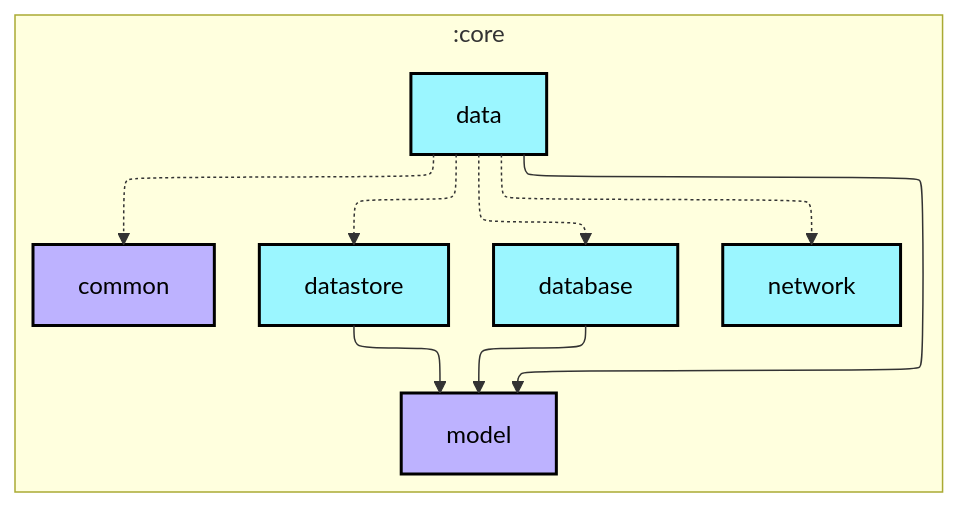
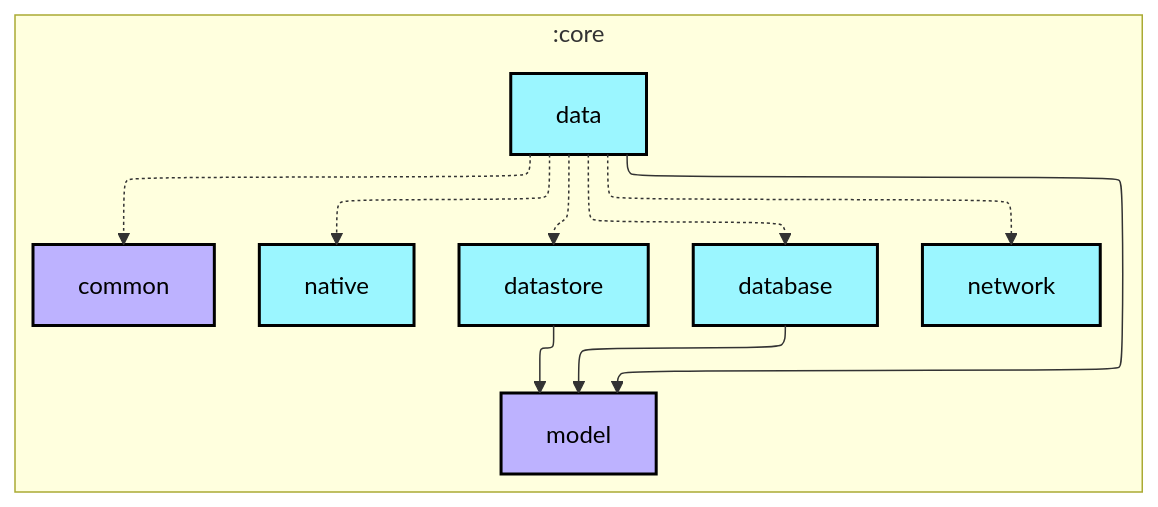
Before and after one commit to Sunior-k/walklog: the first of 2 diagrams in core/data/README.md, drawn with Mermaid. The commit also changed other lines of this file and 75 other files, not shown here.

````diff
--- a/core/data/README.md
+++ b/core/data/README.md
@@ -8,32 +8,34 @@
 ```mermaid
 ---
 config:
   layout: elk
   elk:
     nodePlacementStrategy: SIMPLE
 ---
 graph TB
   subgraph :core
     direction TB
     :core:data[data]:::android-library
     :core:database[database]:::android-library
     :core:datastore[datastore]:::android-library
     :core:network[network]:::android-library
+    :core:native[native]:::android-library
     :core:common[common]:::jvm-library
     :core:model[model]:::jvm-library
   end
 
   :core:data --> :core:model
   :core:data -.-> :core:database
   :core:data -.-> :core:datastore
   :core:data -.-> :core:network
+  :core:data -.-> :core:native
   :core:data -.-> :core:common
   :core:database --> :core:model
   :core:datastore --> :core:model
 
 classDef android-application fill:#CAFFBF,stroke:#000,stroke-width:2px,color:#000;
 classDef android-feature fill:#FFD6A5,stroke:#000,stroke-width:2px,color:#000;
 classDef android-library fill:#9BF6FF,stroke:#000,stroke-width:2px,color:#000;
 classDef android-test fill:#A0C4FF,stroke:#000,stroke-width:2px,color:#000;
 classDef jvm-library fill:#BDB2FF,stroke:#000,stroke-width:2px,color:#000;
 ```
````
